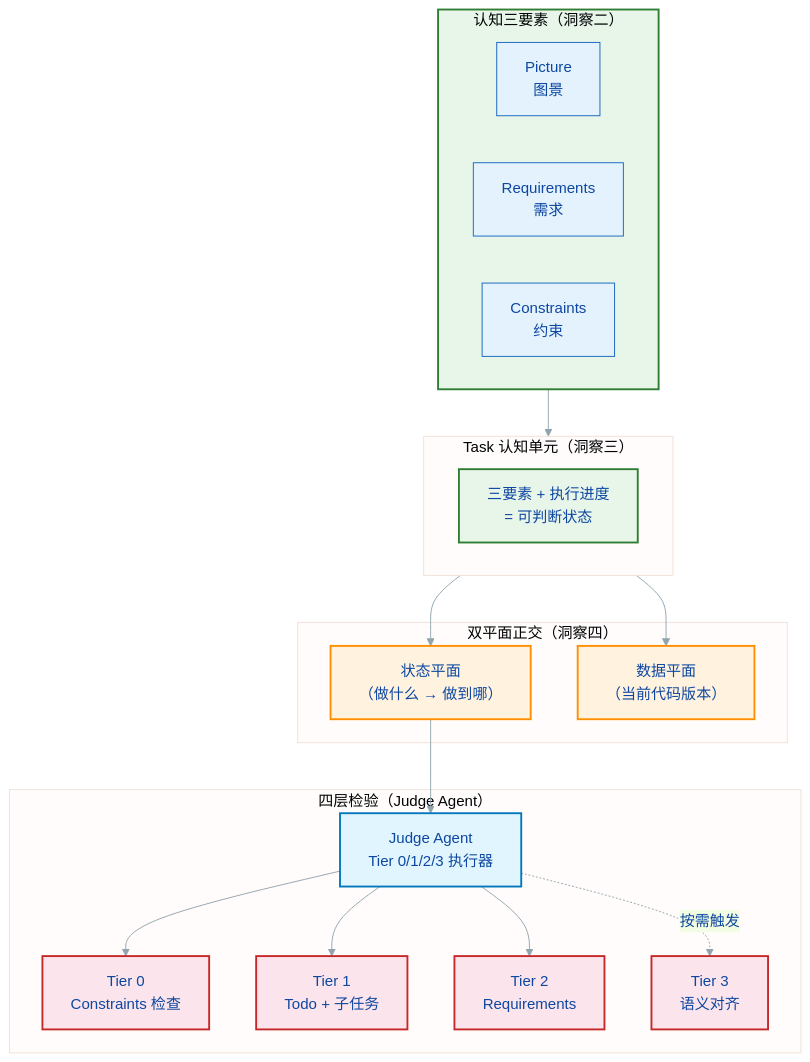
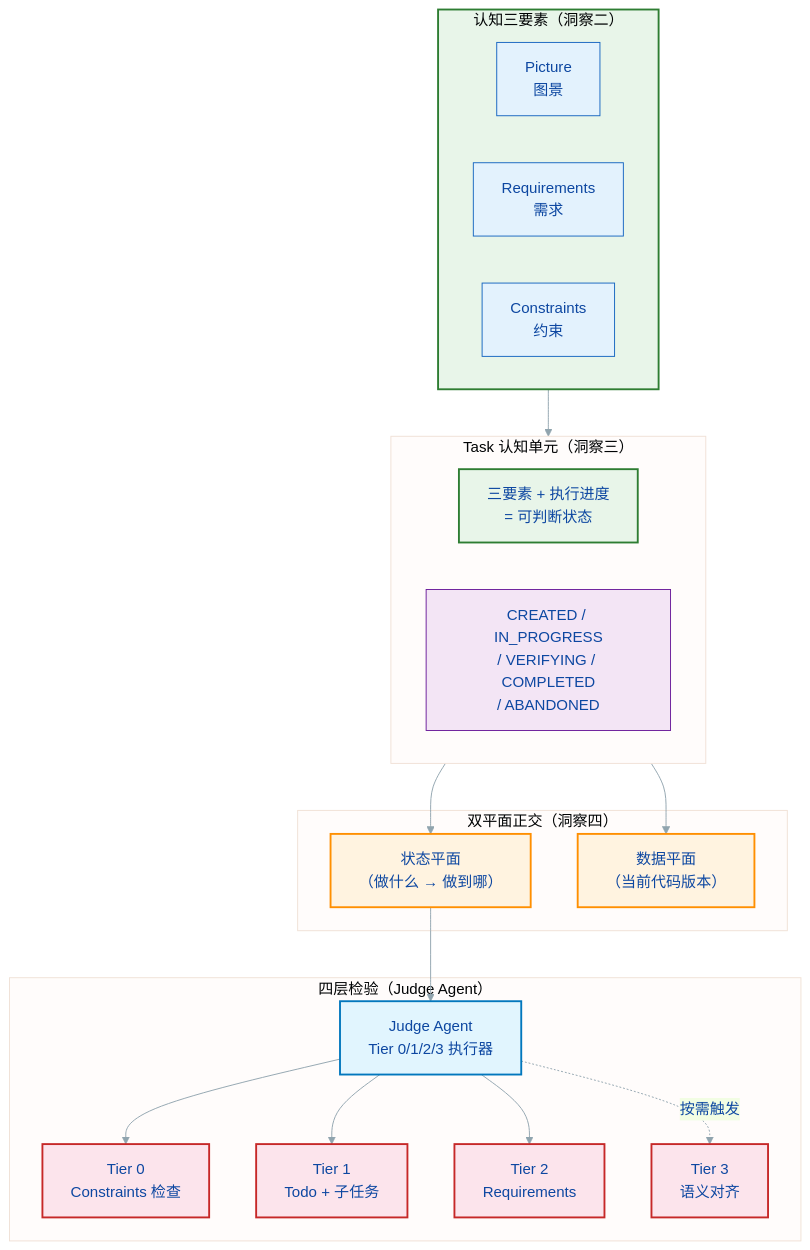
One commit to Lazyn0tBug/mem0ress changed the first of 9 diagrams in docs/spec.md. Above: the diagram before and after it, drawn with Mermaid. The commit also changed other lines of this file, not shown here.

Commit message:
fix(spec): 补全 VERIFYING 状态到所有相关位置
- 图1 核心解法总览：Task 节点增加状态列表
- 图7 状态平面构成：STS 节点补全五种状态
- prose 2.4：状态平面描述补 VERIFYING

````diff
--- a/docs/spec.md
+++ b/docs/spec.md
@@ -42,46 +42,49 @@
 ```mermaid
 %% label：核心解法总览
 %%{ init: { 'theme': 'base', 'themeVariables': { 'primaryColor': '#e3f2fd', 'primaryTextColor': '#0d47a1', 'primaryBorderColor': '#1565c0', 'lineColor': '#90a4ae', 'fontFamily': 'arial' } } }%%
 graph TB
     subgraph PRC["认知三要素（洞察二）"]
         PIC["Picture\n图景"]
         REQ["Requirements\n需求"]
         CST["Constraints\n约束"]
     end
 
     subgraph TASK["Task 认知单元（洞察三）"]
         TR["三要素 + 执行进度\n= 可判断状态"]
+        ST["CREATED / IN_PROGRESS\n/ VERIFYING / COMPLETED\n/ ABANDONED"]
     end
 
     subgraph DUAL["双平面正交（洞察四）"]
         SP["状态平面\n（做什么 → 做到哪）"]
         DP["数据平面\n（当前代码版本）"]
     end
 
     subgraph TIERS["四层检验（Judge Agent）"]
         J["Judge Agent\nTier 0/1/2/3 执行器"]
         T0["Tier 0\nConstraints 检查"]
         T1["Tier 1\nTodo + 子任务"]
         T2["Tier 2\nRequirements"]
         T3["Tier 3\n语义对齐"]
     end
 
     PRC --> TASK
     TASK --> SP
     TASK --> DP
     J --> T0
     J --> T1
     J --> T2
     J -.->|按需触发| T3
     SP --> J
 
     classDef prc fill:#e8f5e9,stroke:#2e7d32,stroke-width:2px;
     classDef task fill:#e3f2fd,stroke:#1565c0,stroke-width:2px;
     classDef plane fill:#fff3e0,stroke:#ff8f00,stroke-width:2px;
     classDef tier fill:#fce4ec,stroke:#c62828,stroke-width:2px;
     classDef judge fill:#e1f5fe,stroke:#0277bd,stroke-width:2px;
-    class PRC,task,TR prc;
+    classDef state fill:#f3e5f5,stroke:#6a1b9a,stroke-width:1px;
+    class PRC,task,TR,ST prc;
     class SP,DP plane;
     class T0,T1,T2,T3 tier;
     class J judge;
+    class ST state;
 ```
````
